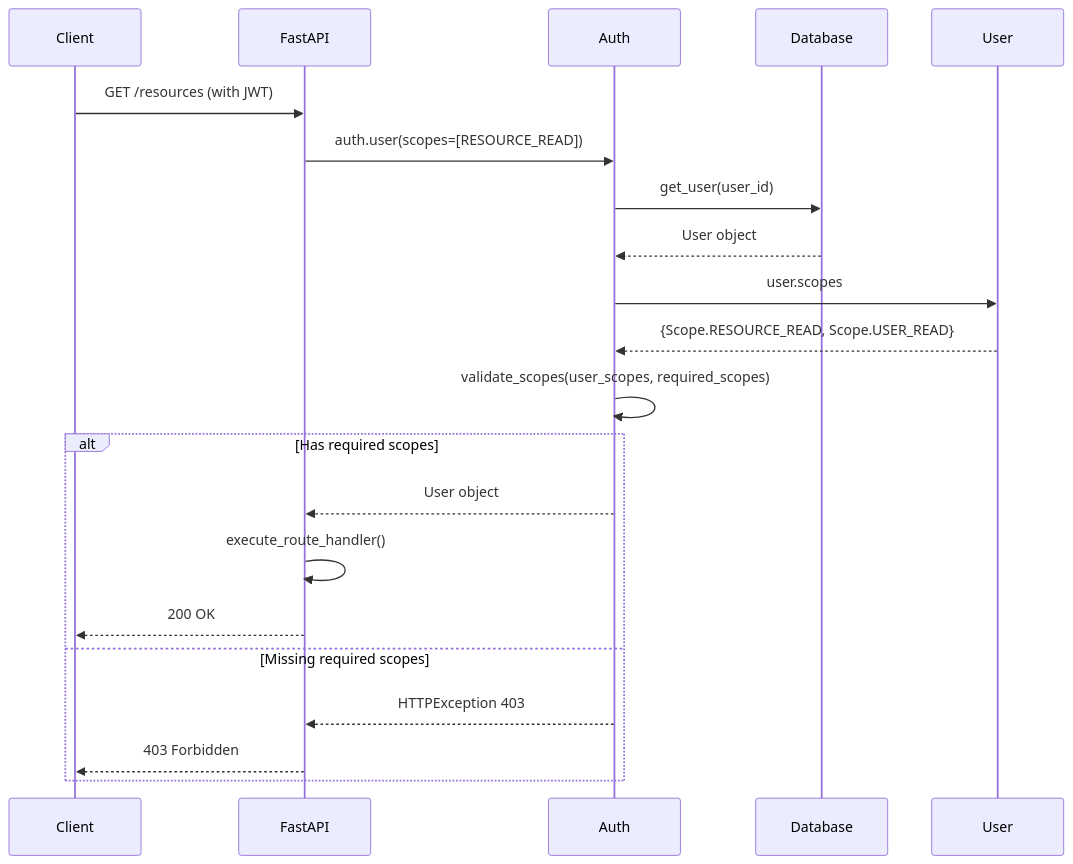
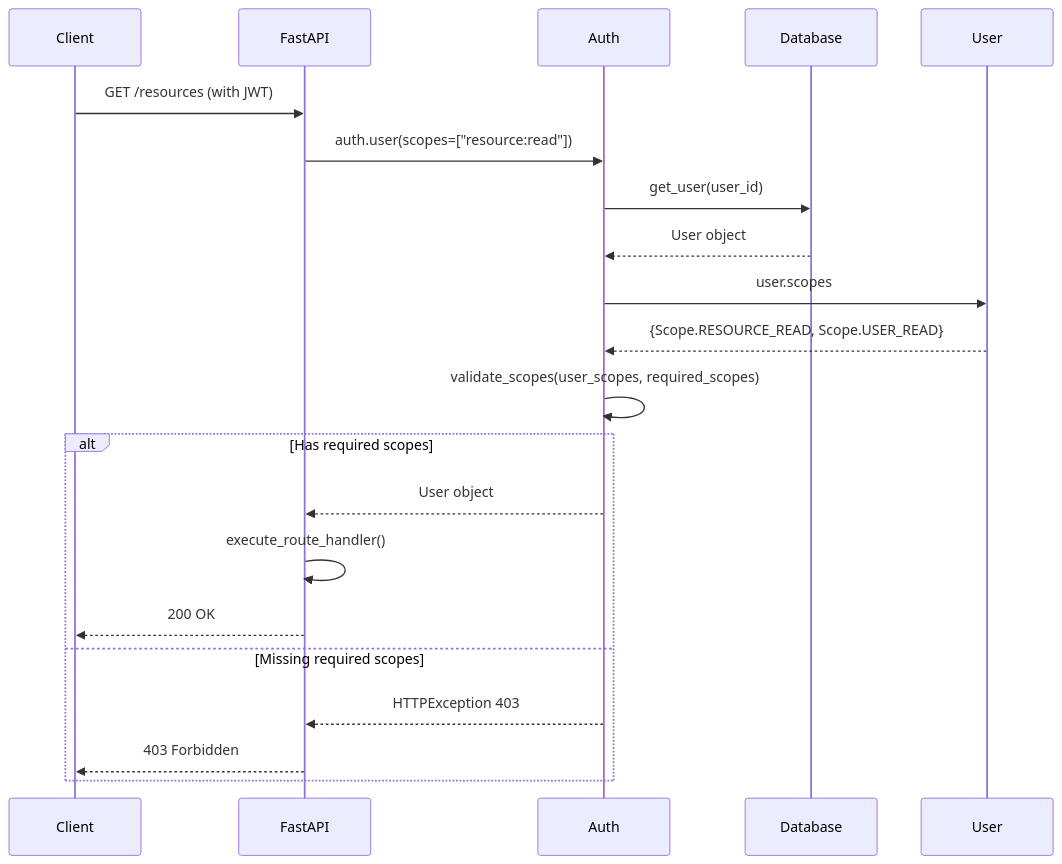
The second of 4 diagrams in design/002-user-scopes-strenum.md (mplemay/belgie), drawn with Mermaid before and after one commit. The commit also changed other lines of this file, not shown here.

Commit message:
docs: revise design to support user-defined scope enums with array storage

````diff
--- a/design/002-user-scopes-strenum.md
+++ b/design/002-user-scopes-strenum.md
@@ -81,24 +119,24 @@
 ```mermaid
 sequenceDiagram
     participant Client
     participant FastAPI
     participant Auth
     participant Database
     participant User
 
     Client->>FastAPI: GET /resources (with JWT)
-    FastAPI->>Auth: auth.user(scopes=[RESOURCE_READ])
+    FastAPI->>Auth: auth.user(scopes=["resource:read"])
     Auth->>Database: get_user(user_id)
     Database-->>Auth: User object
     Auth->>User: user.scopes
     User-->>Auth: {Scope.RESOURCE_READ, Scope.USER_READ}
     Auth->>Auth: validate_scopes(user_scopes, required_scopes)
     alt Has required scopes
         Auth-->>FastAPI: User object
         FastAPI->>FastAPI: execute_route_handler()
         FastAPI-->>Client: 200 OK
     else Missing required scopes
         Auth-->>FastAPI: HTTPException 403
         FastAPI-->>Client: 403 Forbidden
     end
 ```
````
